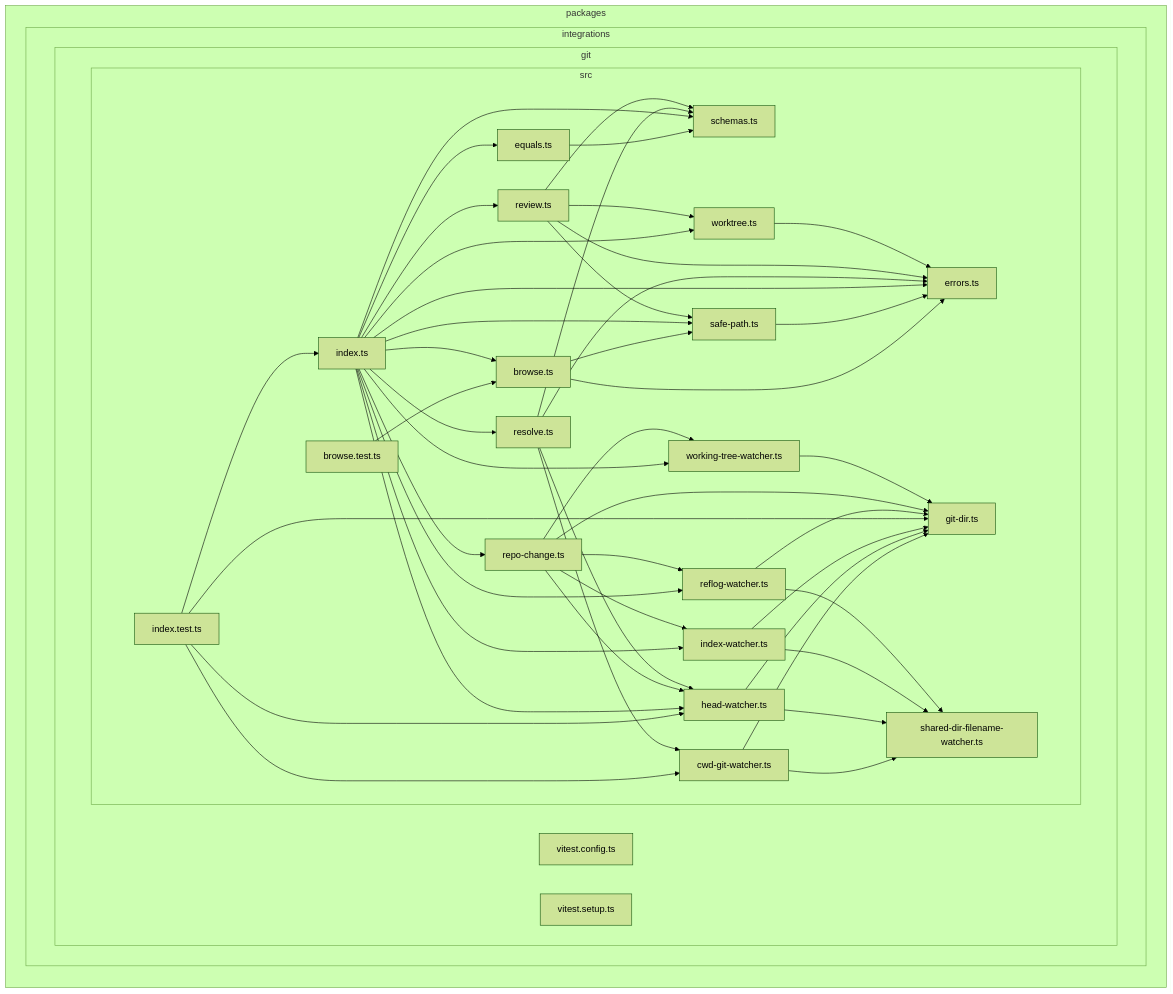
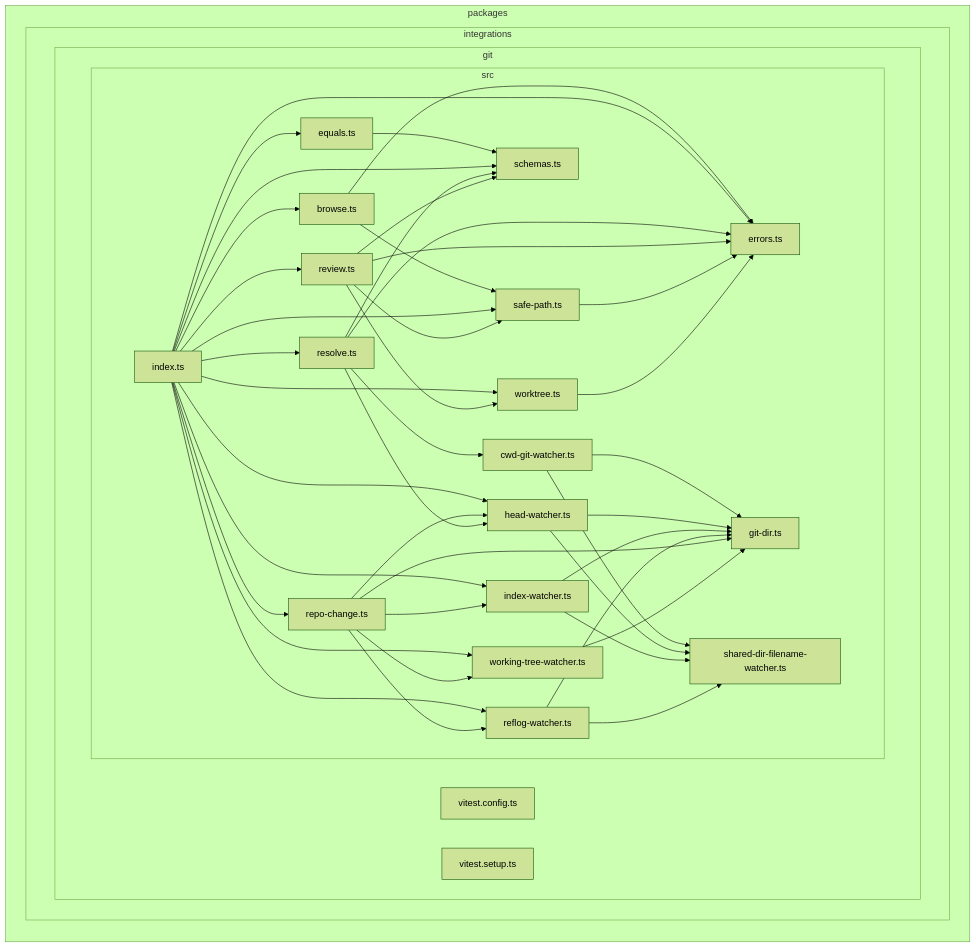
Before and after one commit to juspay/kolu: the seventh of 17 diagrams in docs/dependency-graph.md, drawn with Mermaid (forest theme). The commit also changed other lines of this file and 1 other file, not shown here.

First line of the commit message:
chore(depcruise): cluster per-package graphs by subfolder, drop test files

````diff
--- a/docs/dependency-graph.md
+++ b/docs/dependency-graph.md
@@ -782,78 +370,71 @@
 ```mermaid
 flowchart LR
 
 subgraph packages["packages"]
   subgraph packages_integrations["integrations"]
     subgraph packages_integrations_git["git"]
       subgraph packages_integrations_git_src["src"]
-        packages_integrations_git_src_schemas_ts["schemas.ts"]
-        packages_integrations_git_src_browse_test_ts["browse.test.ts"]
         packages_integrations_git_src_browse_ts["browse.ts"]
+        packages_integrations_git_src_cwd_git_watcher_ts["cwd-git-watcher.ts"]
+        packages_integrations_git_src_equals_ts["equals.ts"]
         packages_integrations_git_src_errors_ts["errors.ts"]
-        packages_integrations_git_src_safe_path_ts["safe-path.ts"]
-        packages_integrations_git_src_cwd_git_watcher_ts["cwd-git-watcher.ts"]
         packages_integrations_git_src_git_dir_ts["git-dir.ts"]
-        packages_integrations_git_src_shared_dir_filename_watcher_ts["shared-dir-filename-watcher.ts"]
-        packages_integrations_git_src_equals_ts["equals.ts"]
         packages_integrations_git_src_head_watcher_ts["head-watcher.ts"]
         packages_integrations_git_src_index_watcher_ts["index-watcher.ts"]
-        packages_integrations_git_src_index_test_ts["index.test.ts"]
         packages_integrations_git_src_index_ts["index.ts"]
         packages_integrations_git_src_reflog_watcher_ts["reflog-watcher.ts"]
         packages_integrations_git_src_repo_change_ts["repo-change.ts"]
-        packages_integrations_git_src_working_tree_watcher_ts["working-tree-watcher.ts"]
         packages_integrations_git_src_resolve_ts["resolve.ts"]
         packages_integrations_git_src_review_ts["review.ts"]
+        packages_integrations_git_src_safe_path_ts["safe-path.ts"]
+        packages_integrations_git_src_schemas_ts["schemas.ts"]
+        packages_integrations_git_src_shared_dir_filename_watcher_ts["shared-dir-filename-watcher.ts"]
+        packages_integrations_git_src_working_tree_watcher_ts["working-tree-watcher.ts"]
         packages_integrations_git_src_worktree_ts["worktree.ts"]
       end
       packages_integrations_git_vitest_config_ts["vitest.config.ts"]
       packages_integrations_git_vitest_setup_ts["vitest.setup.ts"]
     end
   end
 end
-packages_integrations_git_src_browse_test_ts-->packages_integrations_git_src_browse_ts
 packages_integrations_git_src_browse_ts-->packages_integrations_git_src_errors_ts
 packages_integrations_git_src_browse_ts-->packages_integrations_git_src_safe_path_ts
-packages_integrations_git_src_safe_path_ts-->packages_integrations_git_src_errors_ts
 packages_integrations_git_src_cwd_git_watcher_ts-->packages_integrations_git_src_git_dir_ts
 packages_integrations_git_src_cwd_git_watcher_ts-->packages_integrations_git_src_shared_dir_filename_watcher_ts
 packages_integrations_git_src_equals_ts-->packages_integrations_git_src_schemas_ts
 packages_integrations_git_src_head_watcher_ts-->packages_integrations_git_src_git_dir_ts
 packages_integrations_git_src_head_watcher_ts-->packages_integrations_git_src_shared_dir_filename_watcher_ts
 packages_integrations_git_src_index_watcher_ts-->packages_integrations_git_src_git_dir_ts
 packages_integrations_git_src_index_watcher_ts-->packages_integrations_git_src_shared_dir_filename_watcher_ts
-packages_integrations_git_src_index_test_ts-->packages_integrations_git_src_cwd_git_watcher_ts
-packages_integrations_git_src_index_test_ts-->packages_integrations_git_src_git_dir_ts
-packages_integrations_git_src_index_test_ts-->packages_integrations_git_src_head_watcher_ts
-packages_integrations_git_src_index_test_ts-->packages_integrations_git_src_index_ts
 packages_integrations_git_src_index_ts-->packages_integrations_git_src_browse_ts
 packages_integrations_git_src_index_ts-->packages_integrations_git_src_equals_ts
 packages_integrations_git_src_index_ts-->packages_integrations_git_src_errors_ts
 packages_integrations_git_src_index_ts-->packages_integrations_git_src_head_watcher_ts
 packages_integrations_git_src_index_ts-->packages_integrations_git_src_index_watcher_ts
 packages_integrations_git_src_index_ts-->packages_integrations_git_src_reflog_watcher_ts
 packages_integrations_git_src_index_ts-->packages_integrations_git_src_repo_change_ts
 packages_integrations_git_src_index_ts-->packages_integrations_git_src_resolve_ts
 packages_integrations_git_src_index_ts-->packages_integrations_git_src_review_ts
 packages_integrations_git_src_index_ts-->packages_integrations_git_src_safe_path_ts
 packages_integrations_git_src_index_ts-->packages_integrations_git_src_schemas_ts
 packages_integrations_git_src_index_ts-->packages_integrations_git_src_working_tree_watcher_ts
 packages_integrations_git_src_index_ts-->packages_integrations_git_src_worktree_ts
 packages_integrations_git_src_reflog_watcher_ts-->packages_integrations_git_src_git_dir_ts
 packages_integrations_git_src_reflog_watcher_ts-->packages_integrations_git_src_shared_dir_filename_watcher_ts
 packages_integrations_git_src_repo_change_ts-->packages_integrations_git_src_git_dir_ts
 packages_integrations_git_src_repo_change_ts-->packages_integrations_git_src_head_watcher_ts
 packages_integrations_git_src_repo_change_ts-->packages_integrations_git_src_index_watcher_ts
 packages_integrations_git_src_repo_change_ts-->packages_integrations_git_src_reflog_watcher_ts
 packages_integrations_git_src_repo_change_ts-->packages_integrations_git_src_working_tree_watcher_ts
-packages_integrations_git_src_working_tree_watcher_ts-->packages_integrations_git_src_git_dir_ts
 packages_integrations_git_src_resolve_ts-->packages_integrations_git_src_cwd_git_watcher_ts
 packages_integrations_git_src_resolve_ts-->packages_integrations_git_src_errors_ts
 packages_integrations_git_src_resolve_ts-->packages_integrations_git_src_head_watcher_ts
 packages_integrations_git_src_resolve_ts-->packages_integrations_git_src_schemas_ts
 packages_integrations_git_src_review_ts-->packages_integrations_git_src_errors_ts
 packages_integrations_git_src_review_ts-->packages_integrations_git_src_safe_path_ts
 packages_integrations_git_src_review_ts-->packages_integrations_git_src_schemas_ts
 packages_integrations_git_src_review_ts-->packages_integrations_git_src_worktree_ts
+packages_integrations_git_src_safe_path_ts-->packages_integrations_git_src_errors_ts
+packages_integrations_git_src_working_tree_watcher_ts-->packages_integrations_git_src_git_dir_ts
 packages_integrations_git_src_worktree_ts-->packages_integrations_git_src_errors_ts
 ```
````
